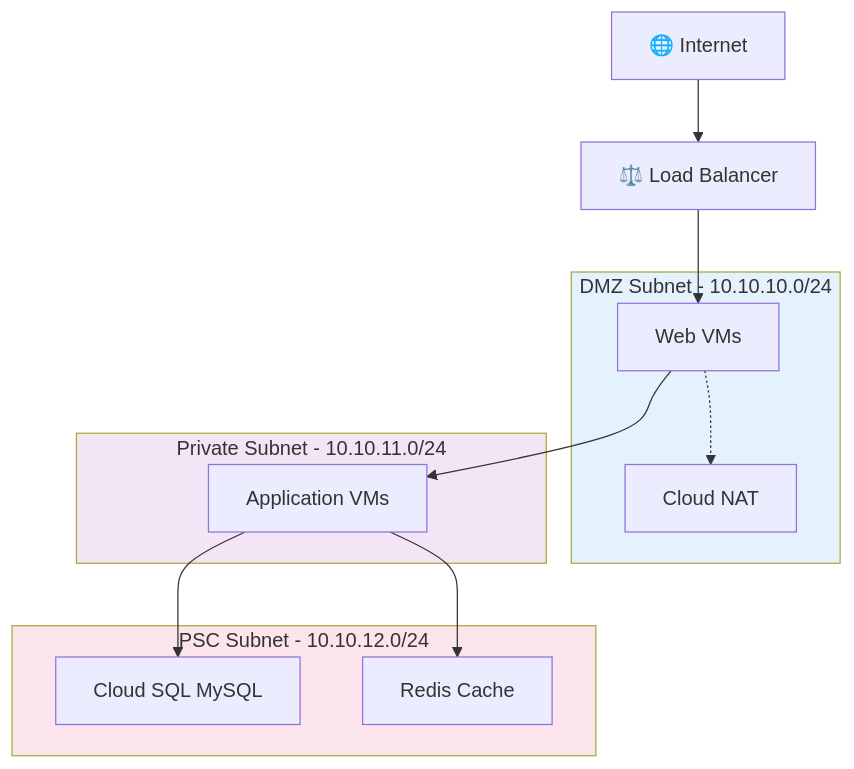
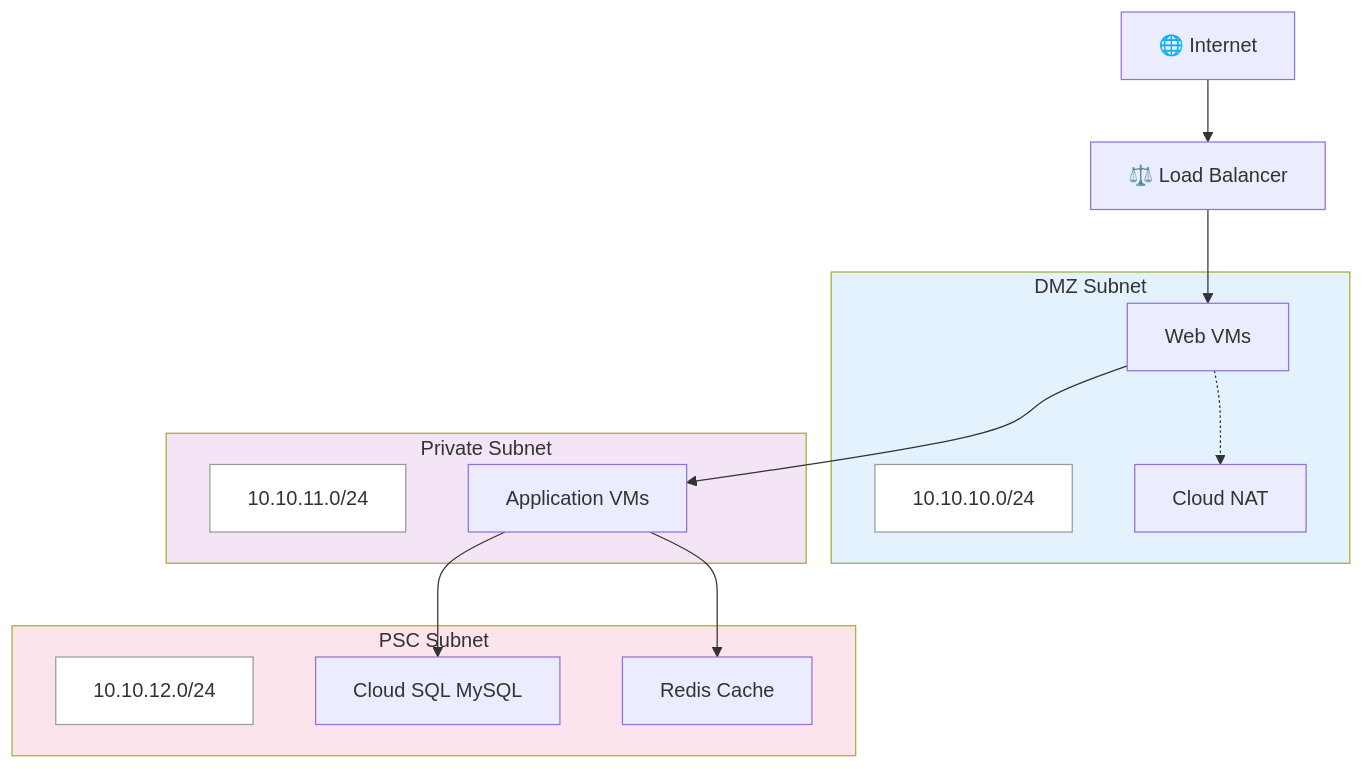
The first of 9 diagrams in terraform_gcp_infra/docs/architecture/network-design.md (JSJ2337/GCP_terraform_code), drawn with Mermaid before and after one commit. The commit also changed other lines of this file, not shown here.

Commit message:
docs: network-design.md CIDR 노드 분리 (가림 방지)
서브넷 라벨의 CIDR이 내부 컴포넌트에 가려지는 문제 해결:
- 아키텍처 개요 다이어그램: DMZ_C, PRIV_C, PSC_C 노드 추가
- 트래픽 흐름 다이어그램: DMZ_CIDR, PRIV_CIDR, PSC_CIDR 노드 추가
- 흰색 배경 + 회색 테두리 스타일 적용

````diff
--- a/terraform_gcp_infra/docs/architecture/network-design.md
+++ b/terraform_gcp_infra/docs/architecture/network-design.md
@@ -7,31 +7,37 @@
 ```mermaid
 %%{init: {'theme': 'default'}}%%
 flowchart TB
     INET[🌐 Internet]
     LB[⚖️ Load Balancer]
 
-    subgraph DMZ["DMZ Subnet - 10.10.10.0/24"]
+    subgraph DMZ["DMZ Subnet"]
+        DMZ_C[10.10.10.0/24]
         DMZ_WEB[Web VMs]
         DMZ_NAT[Cloud NAT]
     end
 
-    subgraph Private["Private Subnet - 10.10.11.0/24"]
+    subgraph Private["Private Subnet"]
+        PRIV_C[10.10.11.0/24]
         PRIV_APP[Application VMs]
     end
 
-    subgraph PSC["PSC Subnet - 10.10.12.0/24"]
+    subgraph PSC["PSC Subnet"]
+        PSC_C[10.10.12.0/24]
         PSC_SQL[Cloud SQL MySQL]
         PSC_REDIS[Redis Cache]
     end
 
     INET --> LB
     LB --> DMZ_WEB
     DMZ_WEB --> PRIV_APP
     PRIV_APP --> PSC_REDIS
     PRIV_APP --> PSC_SQL
     DMZ_WEB -.-> DMZ_NAT
 
     style DMZ fill:#e3f2fd
     style Private fill:#f3e5f5
     style PSC fill:#fce4ec
+    style DMZ_C fill:#fff,stroke:#999
+    style PRIV_C fill:#fff,stroke:#999
+    style PSC_C fill:#fff,stroke:#999
 ```
````
